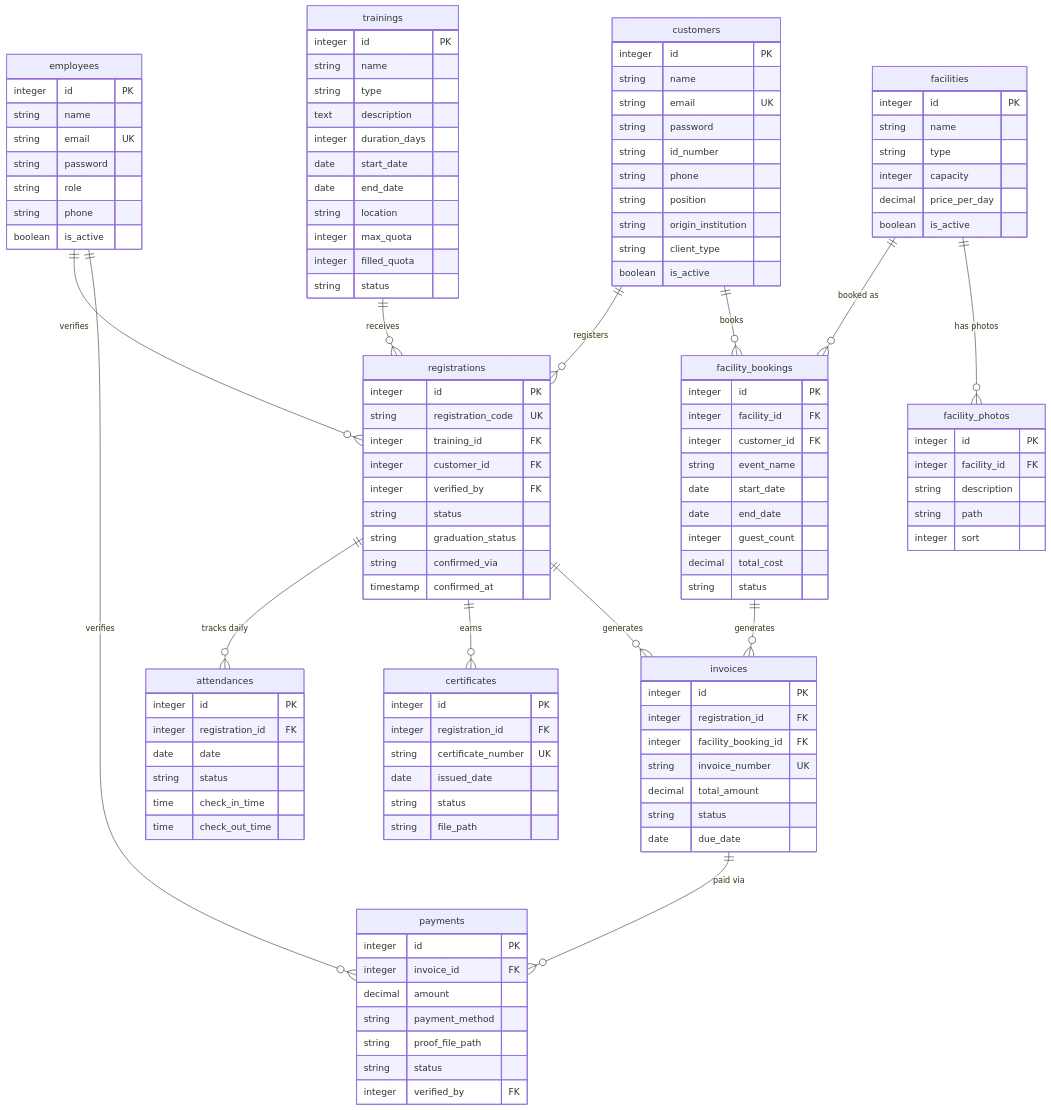
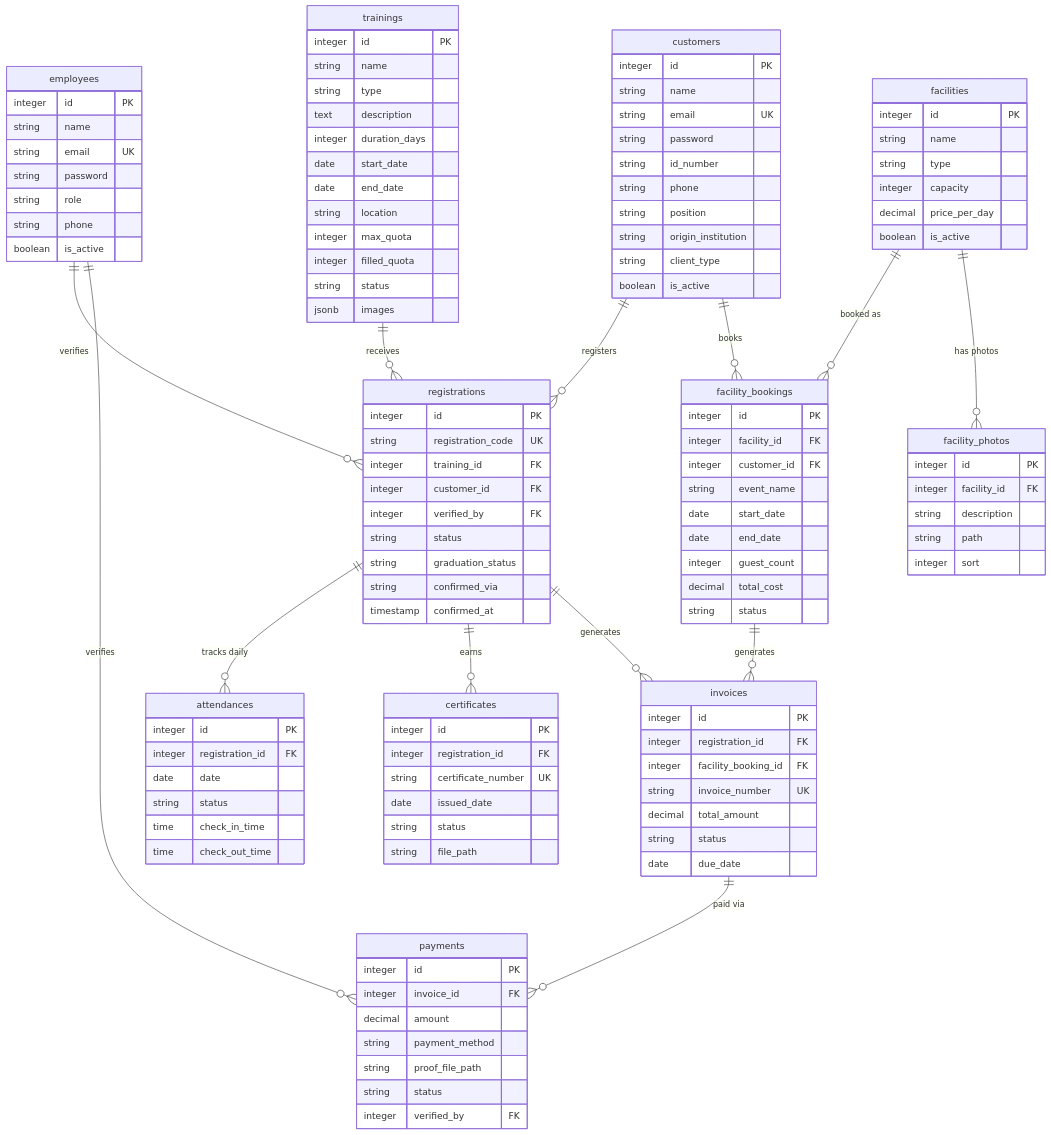
Before and after one commit to putraaoxl-svg/layanan_publik: the diagram in implementation_plan.md, drawn with Mermaid. The commit also changed other lines of this file and 4 other files, not shown here.

```diff
--- a/implementation_plan.md
+++ b/implementation_plan.md
@@ -100,6 +100,7 @@
         integer max_quota
         integer filled_quota
         string status
+        jsonb images
     }
 
     registrations {
```
